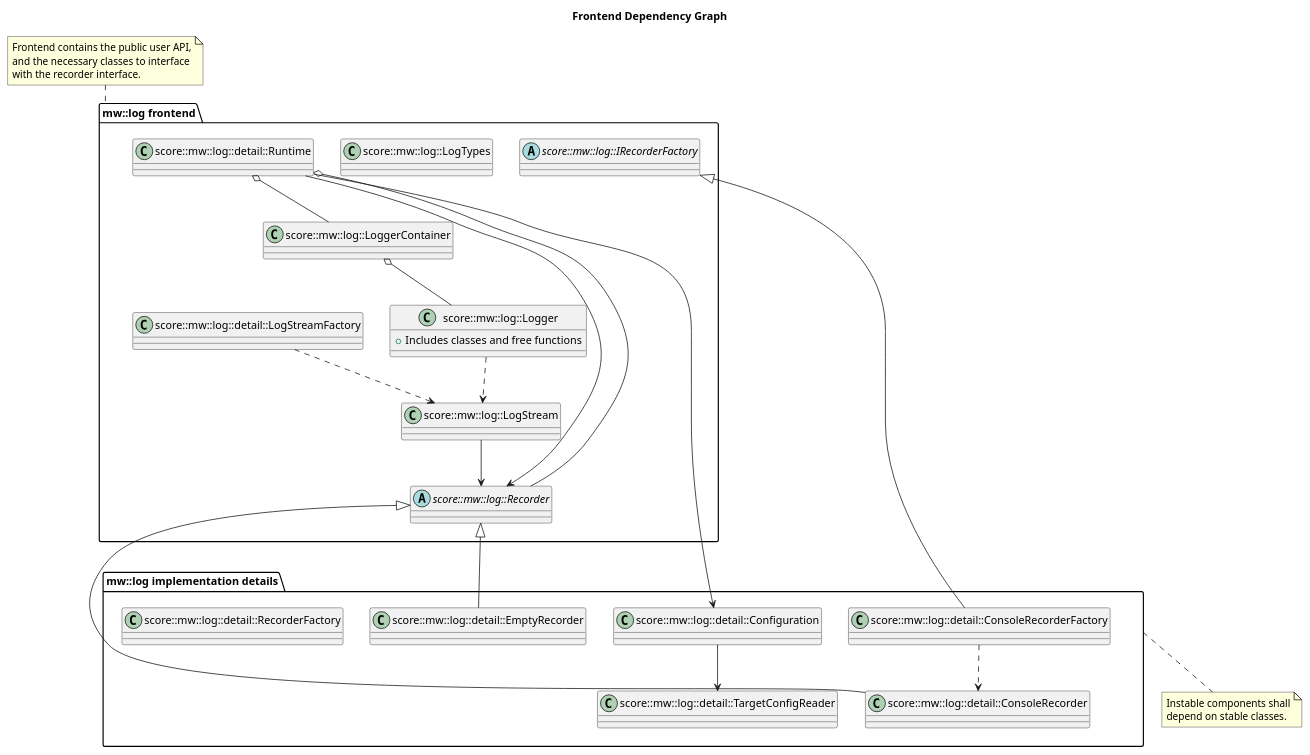
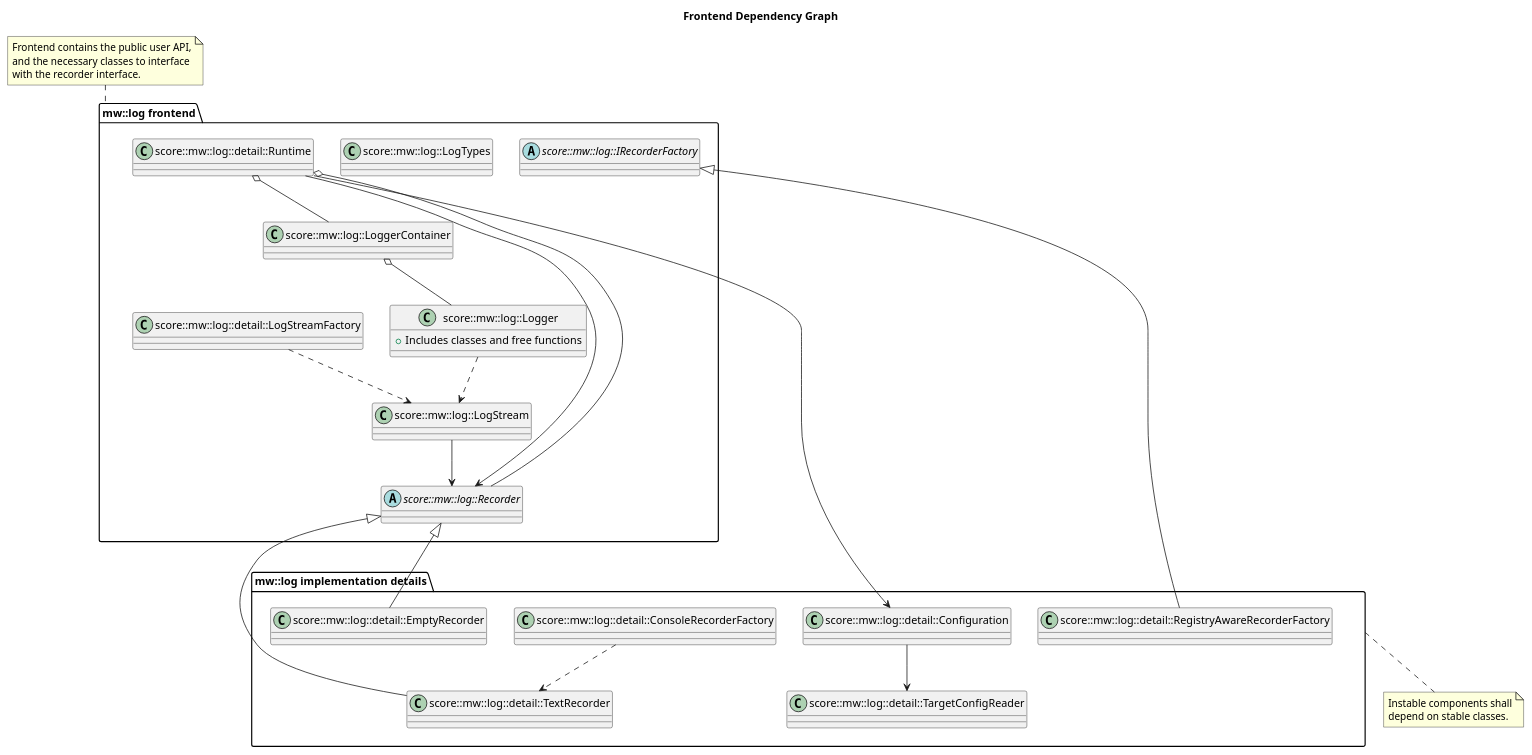
One commit to eclipse-score/baselibs changed the diagram in score/mw/log/docs/detailed_design/_assets/frontend_dependency_graph.puml. Above: the diagram before and after it, drawn with PlantUML. The commit also changed 5 other files, not shown here.

```diff
--- a/score/mw/log/docs/detailed_design/_assets/frontend_dependency_graph.puml
+++ b/score/mw/log/docs/detailed_design/_assets/frontend_dependency_graph.puml
@@ -1,56 +1,56 @@
 @startuml frontend_dependency_graph
 title Frontend Dependency Graph
 
 package "mw::log frontend" as frontend {
   class score::mw::log::Logger {
     +Includes classes and free functions
   }
   class score::mw::log::detail::LogStreamFactory
   class score::mw::log::LogStream
   class score::mw::log::detail::Runtime
   class score::mw::log::LoggerContainer
   class score::mw::log::LogTypes
   abstract score::mw::log::Recorder
   abstract score::mw::log::IRecorderFactory
 }
 
 package "mw::log implementation details" as details {
   class score::mw::log::detail::Configuration {}
   class score::mw::log::detail::TargetConfigReader {}
 
-  class score::mw::log::detail::ConsoleRecorder {}
+  class score::mw::log::detail::TextRecorder {}
   class score::mw::log::detail::ConsoleRecorderFactory {}
   class score::mw::log::detail::EmptyRecorder {}
 
-  class score::mw::log::detail::RecorderFactory {}
+  class score::mw::log::detail::RegistryAwareRecorderFactory {}
 }
 
 
 note top of frontend
   Frontend contains the public user API,
   and the necessary classes to interface
   with the recorder interface.
 end note
 
 note bottom of details
   Instable components shall
   depend on stable classes.
 end note
 
 score::mw::log::detail::LogStreamFactory ..> score::mw::log::LogStream
 score::mw::log::detail::Runtime o-- score::mw::log::LoggerContainer
 score::mw::log::detail::Runtime --> score::mw::log::Recorder
 score::mw::log::detail::Runtime o-- score::mw::log::Recorder
 score::mw::log::detail::Runtime --> score::mw::log::detail::Configuration
 score::mw::log::detail::Configuration --> score::mw::log::detail::TargetConfigReader
 score::mw::log::Recorder <|-- score::mw::log::detail::EmptyRecorder
 
-score::mw::log::Recorder <|-- score::mw::log::detail::ConsoleRecorder
-score::mw::log::IRecorderFactory <|-- score::mw::log::detail::ConsoleRecorderFactory
-score::mw::log::detail::ConsoleRecorderFactory ..> score::mw::log::detail::ConsoleRecorder
+score::mw::log::Recorder <|-- score::mw::log::detail::TextRecorder
+score::mw::log::IRecorderFactory <|-- score::mw::log::detail::RegistryAwareRecorderFactory
+score::mw::log::detail::ConsoleRecorderFactory ..> score::mw::log::detail::TextRecorder
 
 score::mw::log::LogStream --> score::mw::log::Recorder
 score::mw::log::Logger ..> score::mw::log::LogStream
 score::mw::log::LoggerContainer o-- score::mw::log::Logger
 
 @enduml
```
